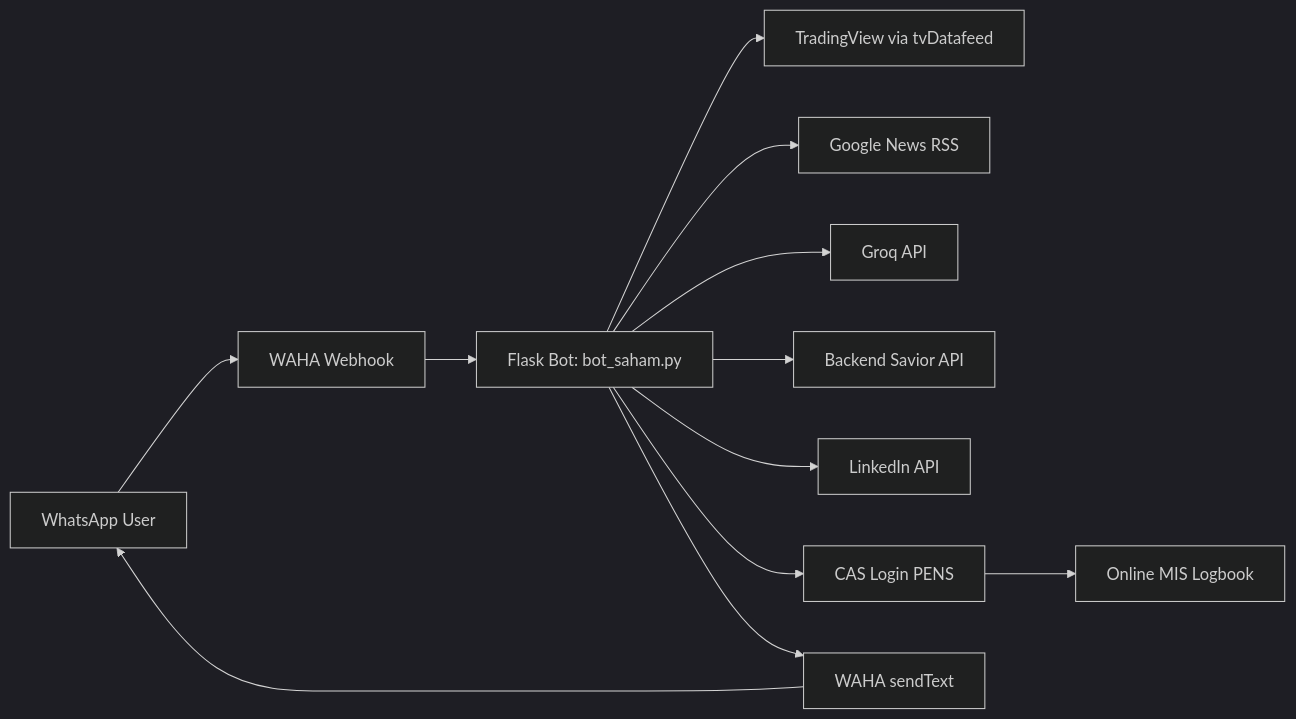
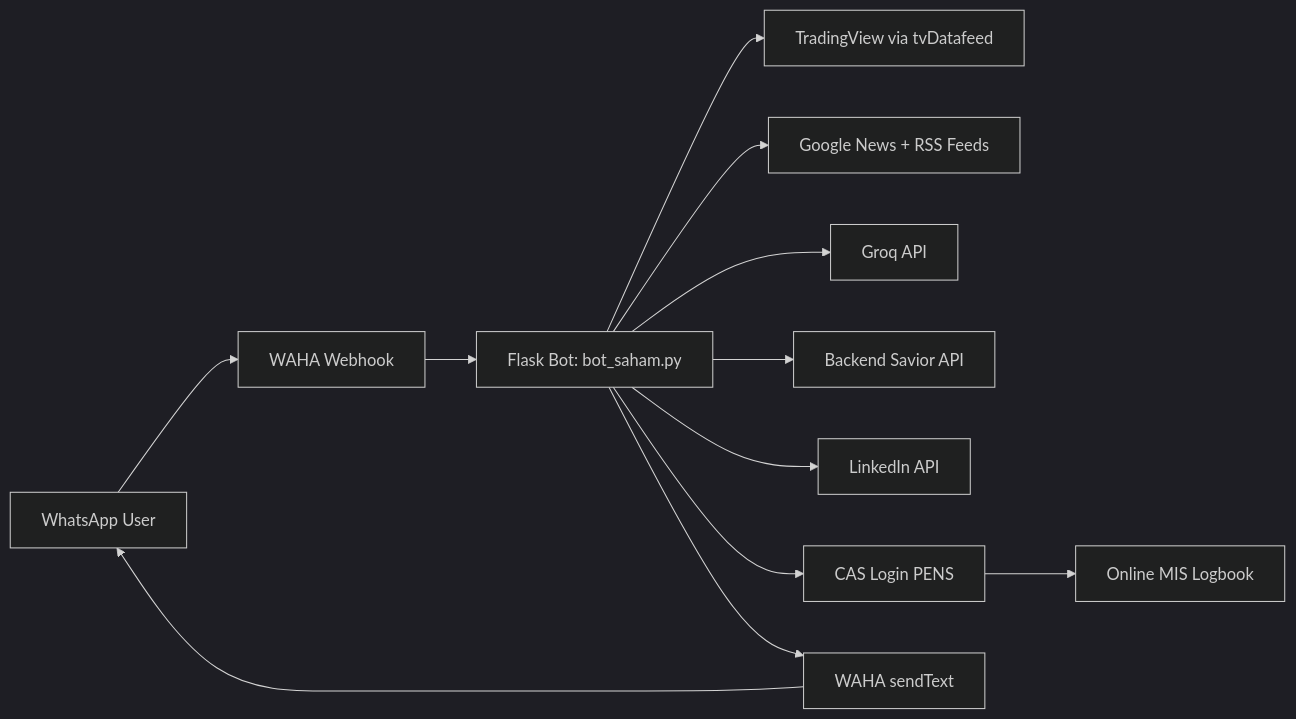
Before and after one commit to Syauqi-N/Bot_Saham: the diagram in README.md, drawn with Mermaid (dark theme). The commit also changed other lines of this file and 8 other files, not shown here.

````diff
--- a/README.md
+++ b/README.md
@@ -46,16 +46,16 @@
 ```mermaid
 flowchart LR
     U[WhatsApp User] --> W[WAHA Webhook]
     W --> B[Flask Bot: bot_saham.py]
 
     B --> T[TradingView via tvDatafeed]
-    B --> N[Google News RSS]
+    B --> N[Google News + RSS Feeds]
     B --> G[Groq API]
     B --> S[Backend Savior API]
     B --> L[LinkedIn API]
     B --> C[CAS Login PENS]
     C --> M[Online MIS Logbook]
 
     B --> R[WAHA sendText]
     R --> U
 ```
````
